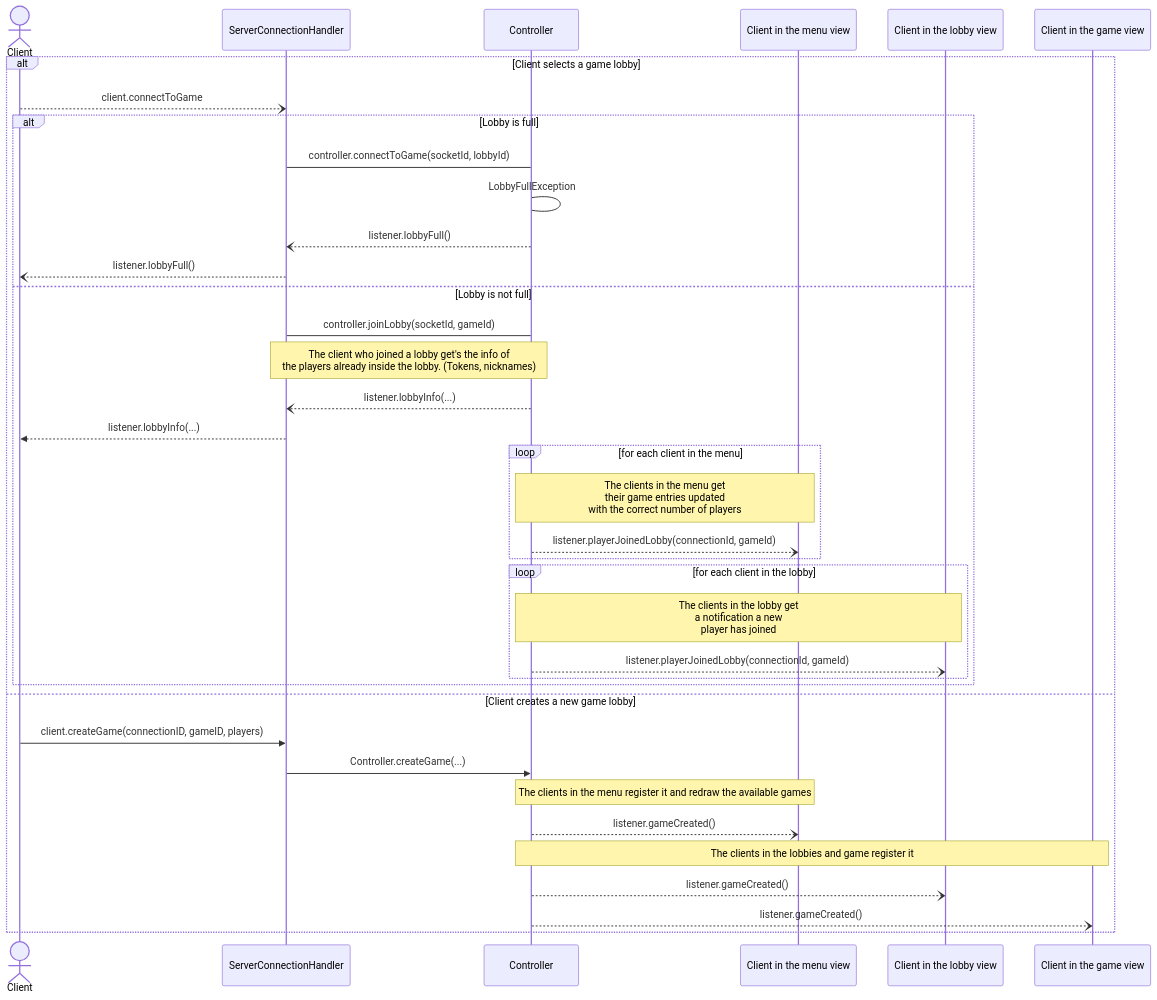
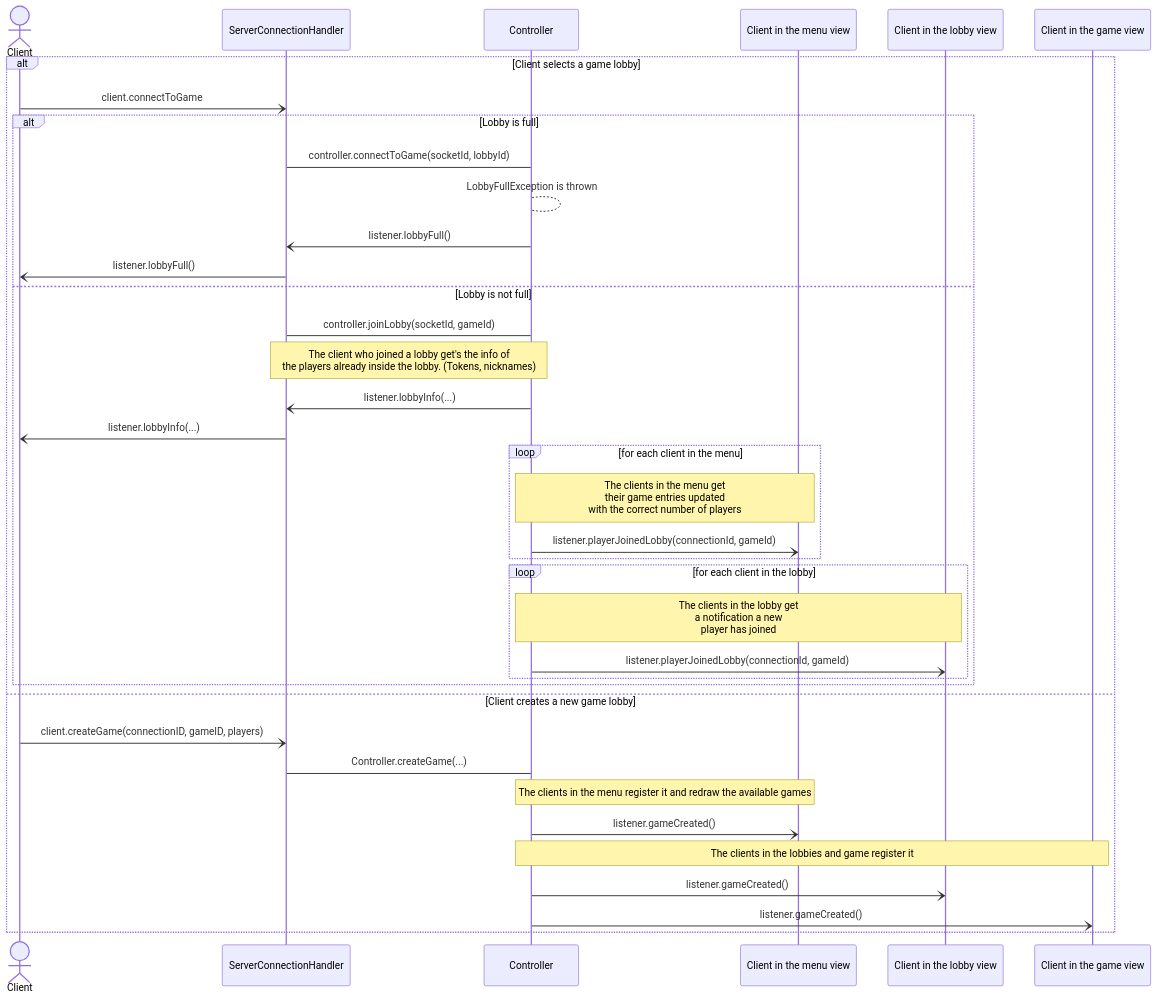
The fifth of 9 diagrams in documentation_wip/network_protocol.md (frephs/IS24-AM21), drawn with Mermaid before and after one commit. The commit also changed other lines of this file, not shown here.

````diff
--- a/documentation_wip/network_protocol.md
+++ b/documentation_wip/network_protocol.md
@@ -137,43 +137,43 @@
 ```mermaid
 sequenceDiagram
     actor Client
 
    
     # Join the Game Lobby
     alt Client selects a game lobby
 
-    Client --) ServerConnectionHandler : client.connectToGame
+    Client -) ServerConnectionHandler : client.connectToGame
     alt Lobby is full
         ServerConnectionHandler -> Controller : controller.connectToGame(socketId, lobbyId)
-        Controller -> Controller : LobbyFullException
-        Controller --) ServerConnectionHandler : listener.lobbyFull()
-        ServerConnectionHandler --) Client : listener.lobbyFull()
+        Controller --> Controller : LobbyFullException is thrown
+        Controller -) ServerConnectionHandler : listener.lobbyFull()
+        ServerConnectionHandler -) Client : listener.lobbyFull()
     else Lobby is not full
          ServerConnectionHandler -> Controller : controller.joinLobby(socketId, gameId)
          Note over Controller, ServerConnectionHandler:  The client who joined a lobby get's the info of <br> the players already inside the lobby. (Tokens, nicknames)
-        Controller --) ServerConnectionHandler : listener.lobbyInfo(...)
-        ServerConnectionHandler -->> Client : listener.lobbyInfo(...)
+        Controller -) ServerConnectionHandler : listener.lobbyInfo(...)
+        ServerConnectionHandler -) Client : listener.lobbyInfo(...)
         loop for each client in the menu 
             Note over Controller, Client in the menu view: The clients in the menu get <br> their game entries updated <br> with the correct number of players
-            Controller --) Client in the menu view : listener.playerJoinedLobby(connectionId, gameId)
+            Controller -) Client in the menu view : listener.playerJoinedLobby(connectionId, gameId)
         end
         loop for each client in the lobby
             Note Over Controller, Client in the lobby view: The clients in the lobby get <br> a notification a new  <br> player has joined
-            Controller --) Client in the lobby view :  listener.playerJoinedLobby(connectionId, gameId)
+            Controller -) Client in the lobby view :  listener.playerJoinedLobby(connectionId, gameId)
         end
     end
     
 
     else Client creates a new game lobby
-        Client ->> ServerConnectionHandler : client.createGame(connectionID, gameID, players)
-        ServerConnectionHandler ->> Controller : Controller.createGame(...)
+        Client -) ServerConnectionHandler : client.createGame(connectionID, gameID, players)
+        ServerConnectionHandler -> Controller : Controller.createGame(...)
         Note over Controller, Client in the menu view : The clients in the menu register it and redraw the available games
-        Controller --) Client in the menu view : listener.gameCreated() 
+        Controller -) Client in the menu view : listener.gameCreated() 
         Note over Controller, Client in the game view : The clients in the lobbies and game register it 
-        Controller --) Client in the lobby view : listener.gameCreated()
-        Controller --) Client in the game view : listener.gameCreated()
+        Controller -) Client in the lobby view : listener.gameCreated()
+        Controller -) Client in the game view : listener.gameCreated()
 
 
     end
 
 ```
````
